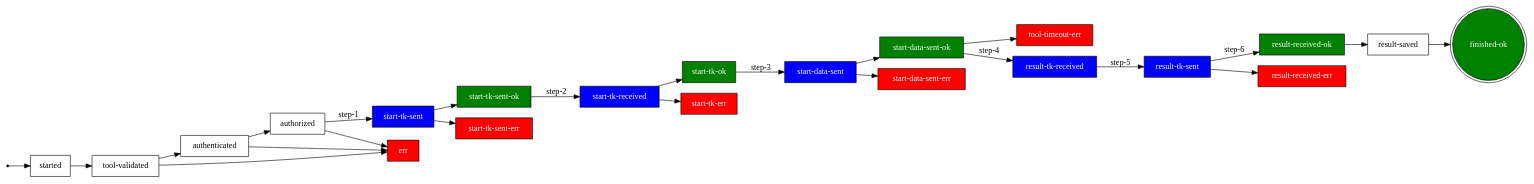
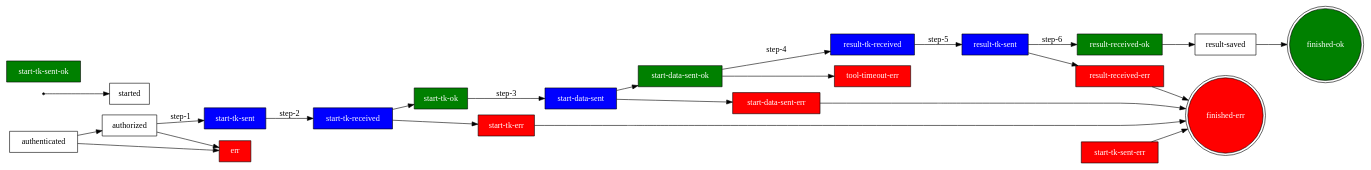
One commit to thebjorn/toolcall changed the diagram in docs/diagrams/transitions.dot. Above: the diagram before and after it, drawn with Graphviz. The commit also changed 104 other files, not shown here.

```diff
--- a/docs/diagrams/transitions.dot
+++ b/docs/diagrams/transitions.dot
@@ -1,46 +1,46 @@
 digraph G {
     node [shape=box];
     rankdir = "LR";
 
-        "start-tk-sent-ok" -> "start-tk-received" [label="step-2"];
         "result-received-ok" -> "result-saved";
-        "start-tk-sent" -> "start-tk-sent-ok";
-        "start-tk-sent" -> "start-tk-sent-err";
         "authenticated" -> "authorized";
         "authenticated" -> "err";
+        "result-saved" -> "finished-ok";
+        "start-tk-sent" -> "start-tk-received" [label="step-2"];
+        "initial" -> "started";
+        "start-data-sent-err" -> "finished-err";
+        "result-received-err" -> "finished-err";
         "start-data-sent-ok" -> "tool-timeout-err";
         "start-data-sent-ok" -> "result-tk-received" [label="step-4"];
-        "started" -> "tool-validated";
-        "initial" -> "started";
-        "tool-validated" -> "authenticated";
-        "tool-validated" -> "err";
-        "result-saved" -> "finished-ok";
+        "start-tk-sent-err" -> "finished-err";
+        "start-tk-err" -> "finished-err";
         "authorized" -> "start-tk-sent" [label="step-1"];
         "authorized" -> "err";
         "start-tk-received" -> "start-tk-ok";
         "start-tk-received" -> "start-tk-err";
         "result-tk-sent" -> "result-received-ok" [label="step-6"];
         "result-tk-sent" -> "result-received-err";
         "result-tk-received" -> "result-tk-sent" [label="step-5"];
         "start-tk-ok" -> "start-data-sent" [label="step-3"];
         "start-data-sent" -> "start-data-sent-ok";
         "start-data-sent" -> "start-data-sent-err";
 
         "start-tk-sent-ok" [fontcolor=white;style=filled;fillcolor=green];
         "start-tk-sent" [fontcolor=white;style=filled;fillcolor=blue];
         "initial" [shape=point];
         "finished-ok" [fontcolor=white;shape=doublecircle;style=filled;fillcolor=green];
+        "finished-err" [fontcolor=white;shape=doublecircle;style=filled;fillcolor=red];
         "start-tk-err" [fontcolor=white;style=filled;fillcolor=red];
         "result-received-err" [fontcolor=white;style=filled;fillcolor=red];
         "start-tk-received" [fontcolor=white;style=filled;fillcolor=blue];
         "result-received-ok" [style=filled;fillcolor=green;fontcolor=white];
+        "err" [fontcolor=white;style=filled;fillcolor=red];
         "tool-timeout-err" [fontcolor=white;style=filled;fillcolor=red];
-        "err" [fontcolor=white;style=filled;fillcolor=red];
         "start-data-sent-err" [fontcolor=white;style=filled;fillcolor=red];
         "start-data-sent-ok" [fontcolor=white;style=filled;fillcolor=green];
         "start-tk-sent-err" [fontcolor=white;style=filled;fillcolor=red];
         "result-tk-received" [fontcolor=white;style=filled;fillcolor=blue];
         "result-tk-sent" [fontcolor=white;style=filled;fillcolor=blue];
         "start-tk-ok" [fontcolor=white;style=filled;fillcolor=green];
         "start-data-sent" [fontcolor=white;style=filled;fillcolor=blue];
 }
```
